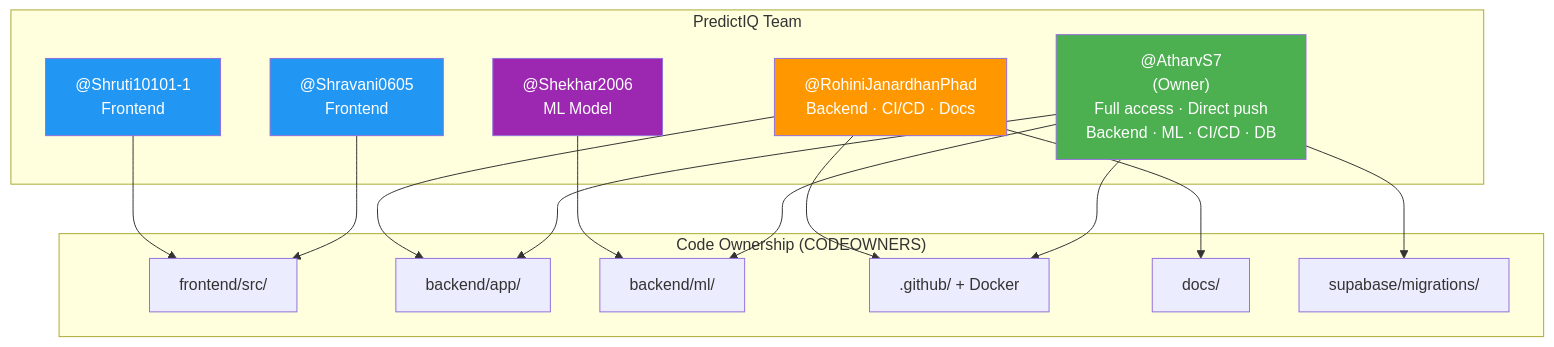
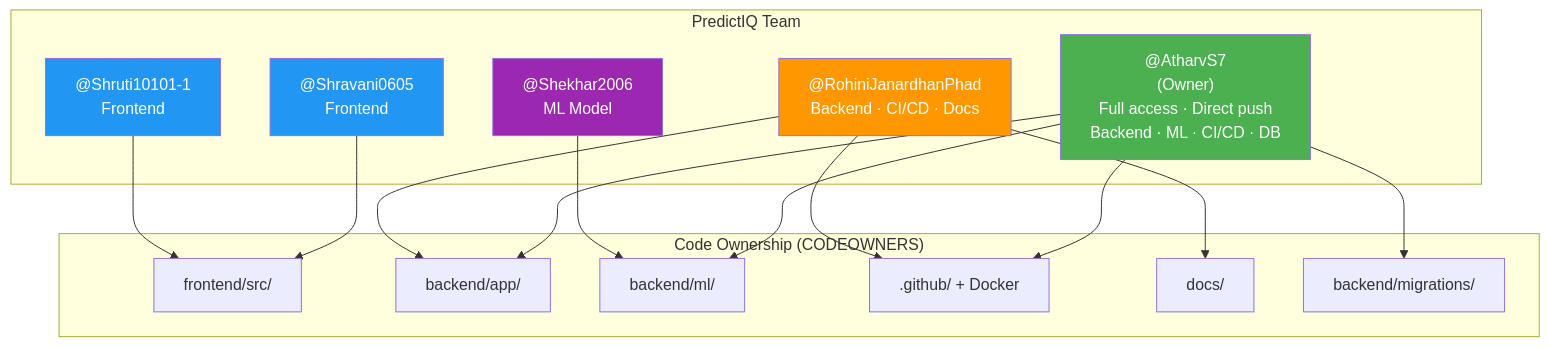
Before and after one commit to AtharvS7/PredictIQ: diagram 12 of 15 in docs/walkthrough.md, drawn with Mermaid. The commit also changed other lines of this file, not shown here.

````diff
--- a/docs/walkthrough.md
+++ b/docs/walkthrough.md
@@ -1198,36 +1182,36 @@
 ```mermaid
 graph TD
     subgraph TEAM["PredictIQ Team"]
         A["@AtharvS7\n(Owner)\nFull access · Direct push\nBackend · ML · CI/CD · DB"]
         B["@Shravani0605\nFrontend"]
         C["@Shruti10101-1\nFrontend"]
         D["@RohiniJanardhanPhad\nBackend · CI/CD · Docs"]
         E["@Shekhar2006\nML Model"]
     end
 
     subgraph FILES["Code Ownership (CODEOWNERS)"]
         F1["frontend/src/"]
         F2["backend/app/"]
         F3["backend/ml/"]
         F4[".github/ + Docker"]
         F5["docs/"]
-        F6["supabase/migrations/"]
+        F6["backend/migrations/"]
     end
 
     B --> F1
     C --> F1
     A --> F2
     D --> F2
     A --> F3
     E --> F3
     A --> F4
     D --> F4
     D --> F5
     A --> F6
 
     style A fill:#4CAF50,color:#fff
     style B fill:#2196F3,color:#fff
     style C fill:#2196F3,color:#fff
     style D fill:#FF9800,color:#fff
     style E fill:#9C27B0,color:#fff
 ```
````
